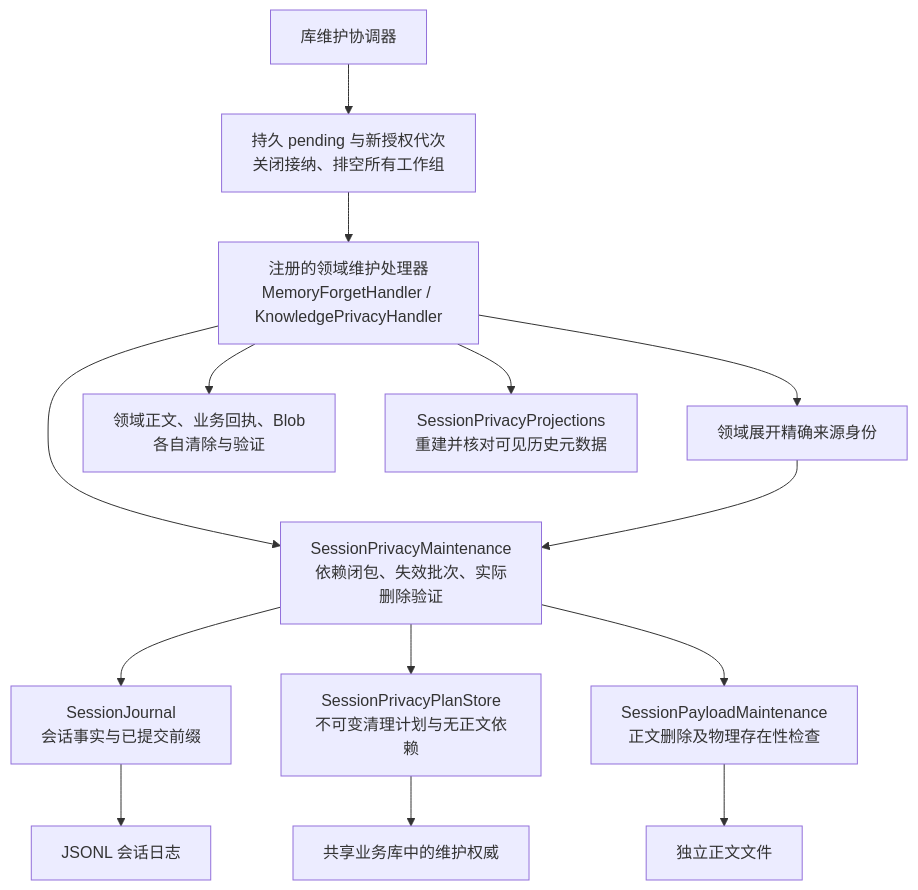
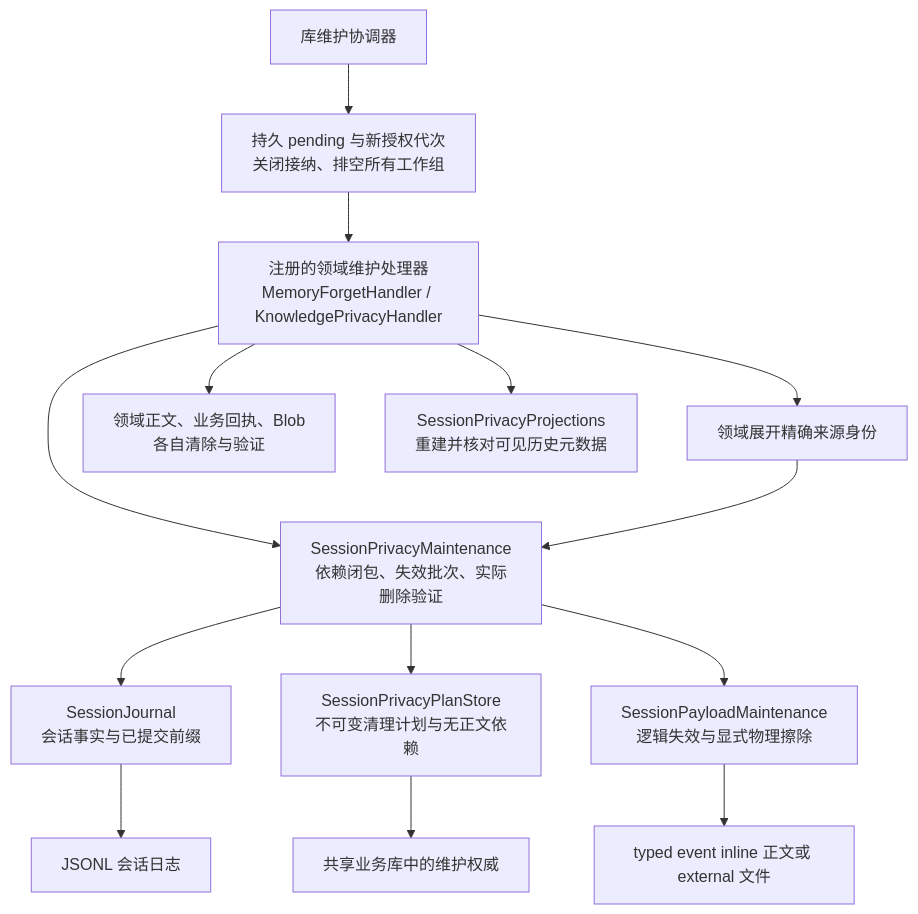
Before and after one commit to alwynou/mira: the first of 2 diagrams in docs/architecture/AGENT_SESSION_PRIVACY.md, drawn with Mermaid. The commit also changed other lines of this file and 251 other files, not shown here.

````diff
--- a/docs/architecture/AGENT_SESSION_PRIVACY.md
+++ b/docs/architecture/AGENT_SESSION_PRIVACY.md
@@ -9,16 +9,16 @@
 ```mermaid
 flowchart TB
   Coordinator[库维护协调器] --> Gate[持久 pending 与新授权代次\n关闭接纳、排空所有工作组]
   Gate --> Domain[注册的领域维护处理器\nMemoryForgetHandler / KnowledgePrivacyHandler]
   Domain --> Roots[领域展开精确来源身份]
   Domain --> Engine[SessionPrivacyMaintenance\n依赖闭包、失效批次、实际删除验证]
   Roots --> Engine
   Engine --> Journal[SessionJournal\n会话事实与已提交前缀]
   Engine --> Plans[SessionPrivacyPlanStore\n不可变清理计划与无正文依赖]
-  Engine --> Bodies[SessionPayloadMaintenance\n正文删除及物理存在性检查]
+  Engine --> Bodies[SessionPayloadMaintenance\n逻辑失效与显式物理擦除]
   Domain --> Business[领域正文、业务回执、Blob\n各自清除与验证]
   Domain --> Projection[SessionPrivacyProjections\n重建并核对可见历史元数据]
   Plans --> SQLite[共享业务库中的维护权威]
   Journal --> Files[JSONL 会话日志]
-  Bodies --> Payloads[独立正文文件]
+  Bodies --> Payloads[typed event inline 正文或 external 文件]
 ```
````
